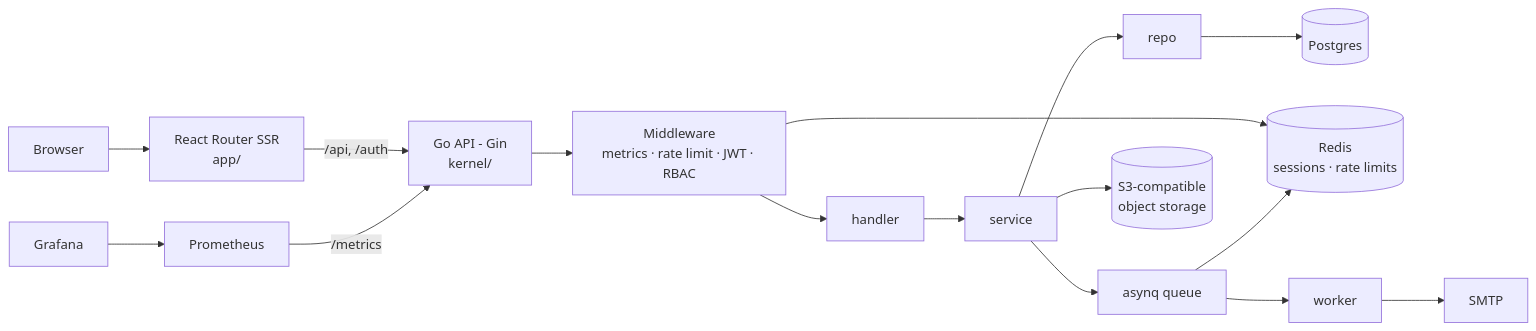
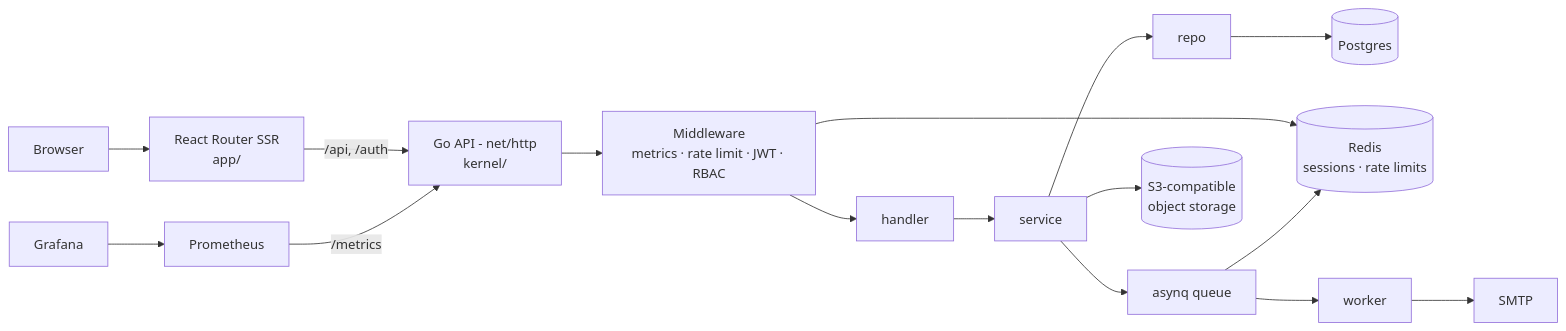
Before and after one commit to RafliBaihaqi/labflow: the diagram in README.md, drawn with Mermaid. The commit also changed other lines of this file and 29 other files, not shown here.

````diff
--- a/README.md
+++ b/README.md
@@ -52,14 +52,14 @@
 ```mermaid
 flowchart LR
   B[Browser] --> FE[React Router SSR<br/>app/]
-  FE -->|/api, /auth| API[Go API - Gin<br/>kernel/]
+  FE -->|/api, /auth| API[Go API - net/http<br/>kernel/]
   API --> MW[Middleware<br/>metrics · rate limit · JWT · RBAC]
   MW --> H[handler] --> S[service] --> R[repo]
   R --> PG[(Postgres)]
   MW --> RD[(Redis<br/>sessions · rate limits)]
   S --> Q[asynq queue] --> RD
   Q --> W[worker] --> SMTP[SMTP]
   S --> S3[(S3-compatible<br/>object storage)]
   P[Prometheus] -->|/metrics| API
   G[Grafana] --> P
 ```
````
